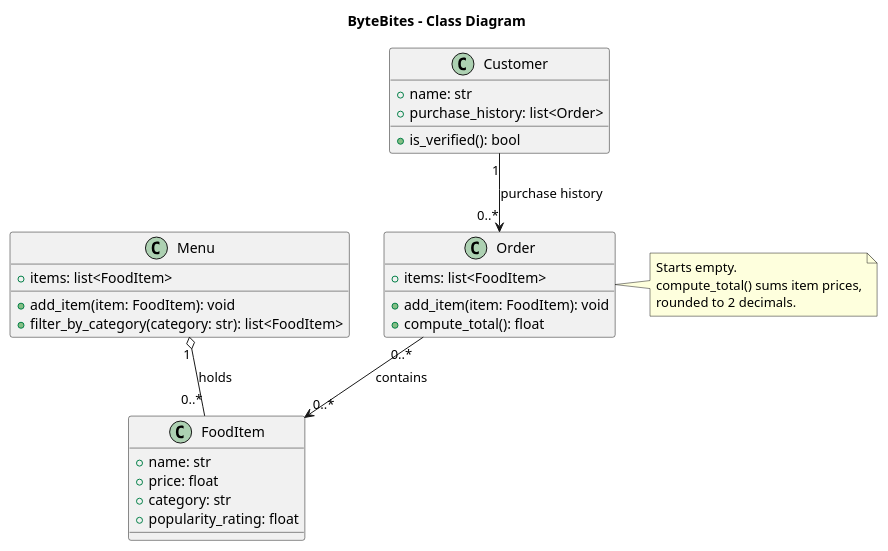
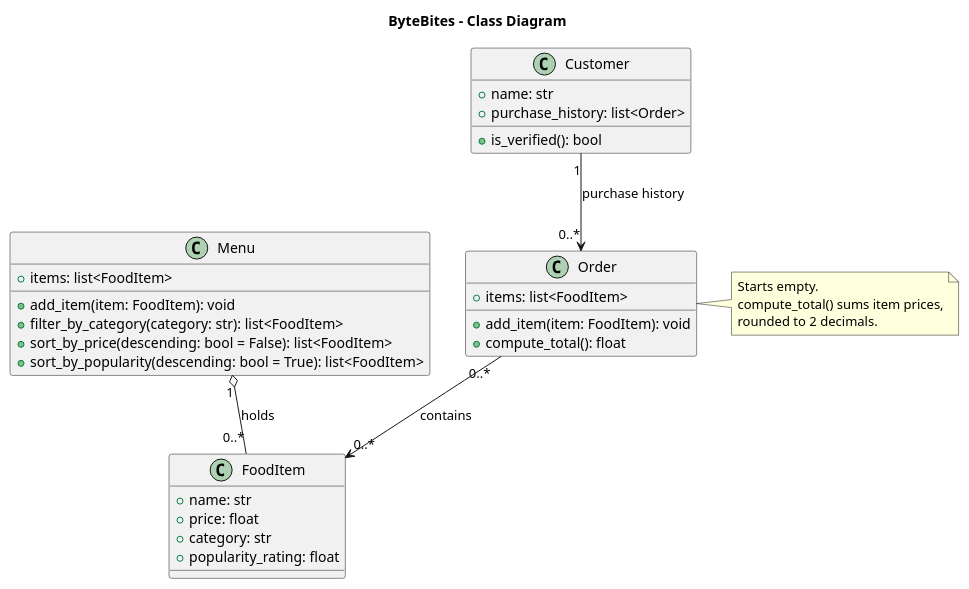
One commit to arnoldlperez/bytebites_tinker_activity changed the diagram in bytebites_design.md. Above: the diagram before and after it, drawn with PlantUML. The commit also changed other lines of this file and 4 other files, not shown here.

````diff
--- a/bytebites_design.md
+++ b/bytebites_design.md
@@ -5,41 +5,43 @@
 ```plantuml
 @startuml ByteBites
 title ByteBites - Class Diagram
 
 class Customer {
   +name: str
   +purchase_history: list<Order>
   +is_verified(): bool
 }
 
 class FoodItem {
   +name: str
   +price: float
   +category: str
   +popularity_rating: float
 }
 
 class Menu {
   +items: list<FoodItem>
   +add_item(item: FoodItem): void
   +filter_by_category(category: str): list<FoodItem>
+  +sort_by_price(descending: bool = False): list<FoodItem>
+  +sort_by_popularity(descending: bool = True): list<FoodItem>
 }
 
 class Order {
   +items: list<FoodItem>
   +add_item(item: FoodItem): void
   +compute_total(): float
 }
 
 note right of Order
   Starts empty.
   compute_total() sums item prices,
   rounded to 2 decimals.
 end note
 
 Customer "1" --> "0..*" Order : purchase history
 Menu "1" o-- "0..*" FoodItem : holds
 Order "0..*" --> "0..*" FoodItem : contains
 
 @enduml
 ```
````
